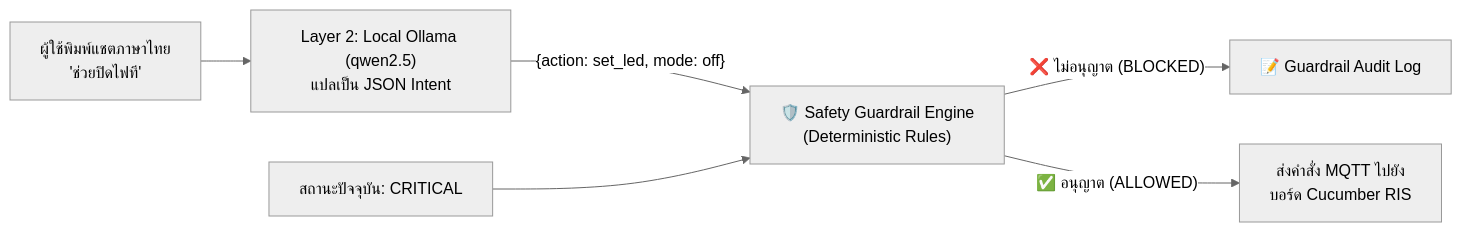
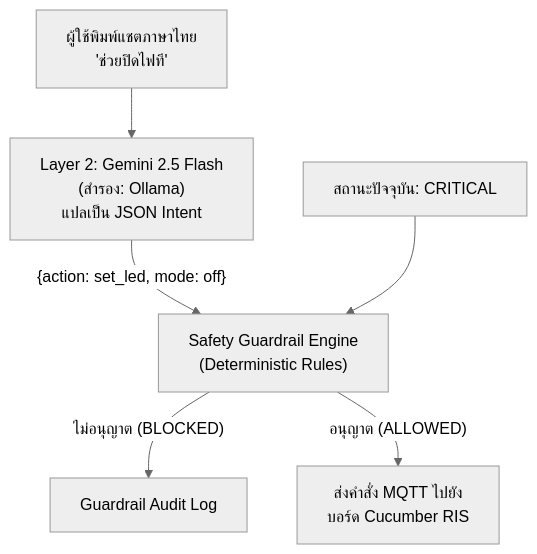
One commit to chanapasadudee-max/aiot-coldchain-monitor changed the diagram in docs/09_ai_safety_guardrails.md. Above: the diagram before and after it, drawn with Mermaid (neutral theme). The commit also changed other lines of this file and 13 other files, not shown here.

````diff
--- a/docs/09_ai_safety_guardrails.md
+++ b/docs/09_ai_safety_guardrails.md
@@ -19,8 +19,8 @@
 ```mermaid
-flowchart LR
-    U["ผู้ใช้พิมพ์แชตภาษาไทย<br>'ช่วยปิดไฟที'"] --> LLM["Layer 2: Local Ollama (qwen2.5)<br>แปลเป็น JSON Intent"]
-    LLM -- "{action: set_led, mode: off}" --> GR["🛡️ Safety Guardrail Engine<br>(Deterministic Rules)"]
+flowchart TB
+    U["ผู้ใช้พิมพ์แชตภาษาไทย<br>'ช่วยปิดไฟที'"] --> LLM["Layer 2: Gemini 2.5 Flash<br>(สำรอง: Ollama)<br>แปลเป็น JSON Intent"]
+    LLM -- "{action: set_led, mode: off}" --> GR["Safety Guardrail Engine<br>(Deterministic Rules)"]
     STATE["สถานะปัจจุบัน: CRITICAL"] --> GR
-    GR -- "❌ ไม่อนุญาต (BLOCKED)" --> LOG["📝 Guardrail Audit Log"]
-    GR -- "✅ อนุญาต (ALLOWED)" --> MQTT["ส่งคำสั่ง MQTT ไปยัง<br>บอร์ด Cucumber RIS"]
+    GR -- "ไม่อนุญาต (BLOCKED)" --> LOG["Guardrail Audit Log"]
+    GR -- "อนุญาต (ALLOWED)" --> MQTT["ส่งคำสั่ง MQTT ไปยัง<br>บอร์ด Cucumber RIS"]
 ```
````
